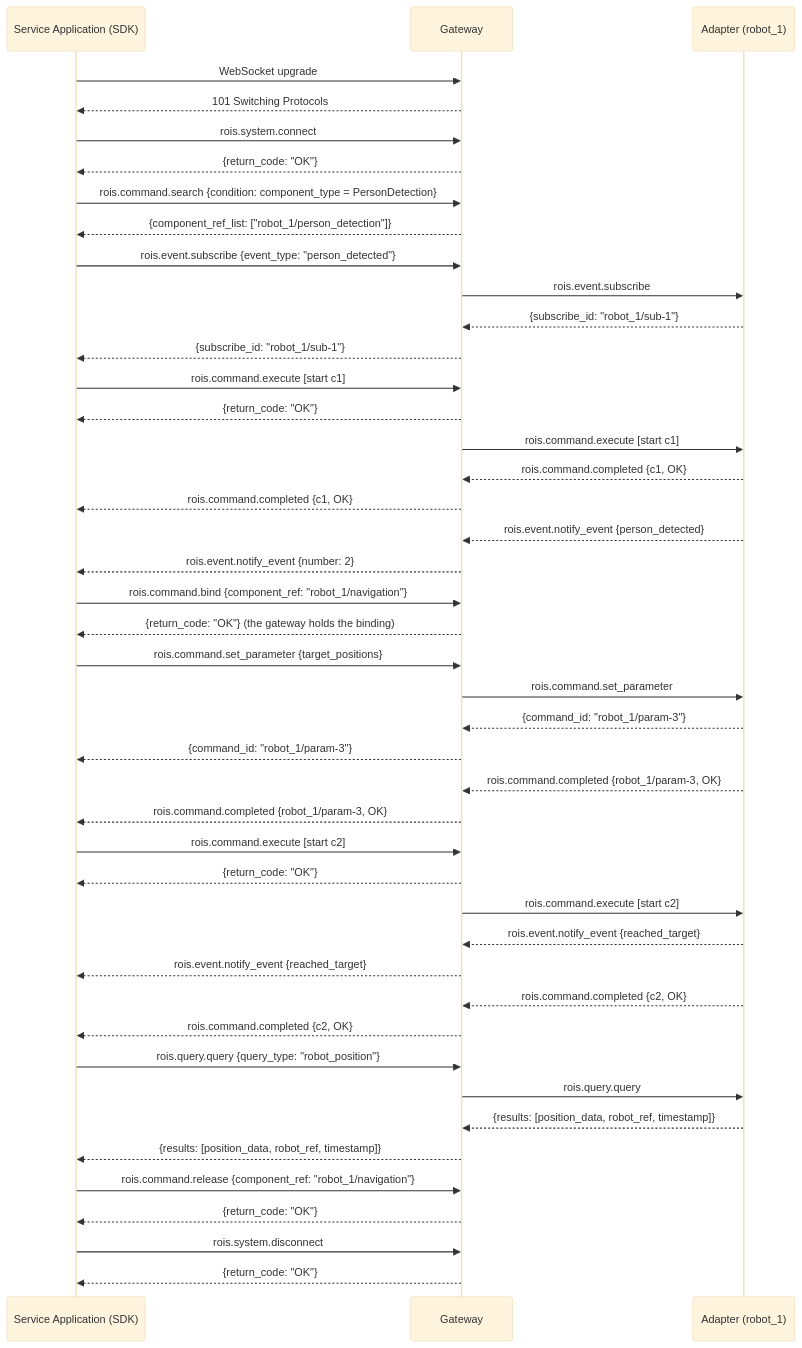
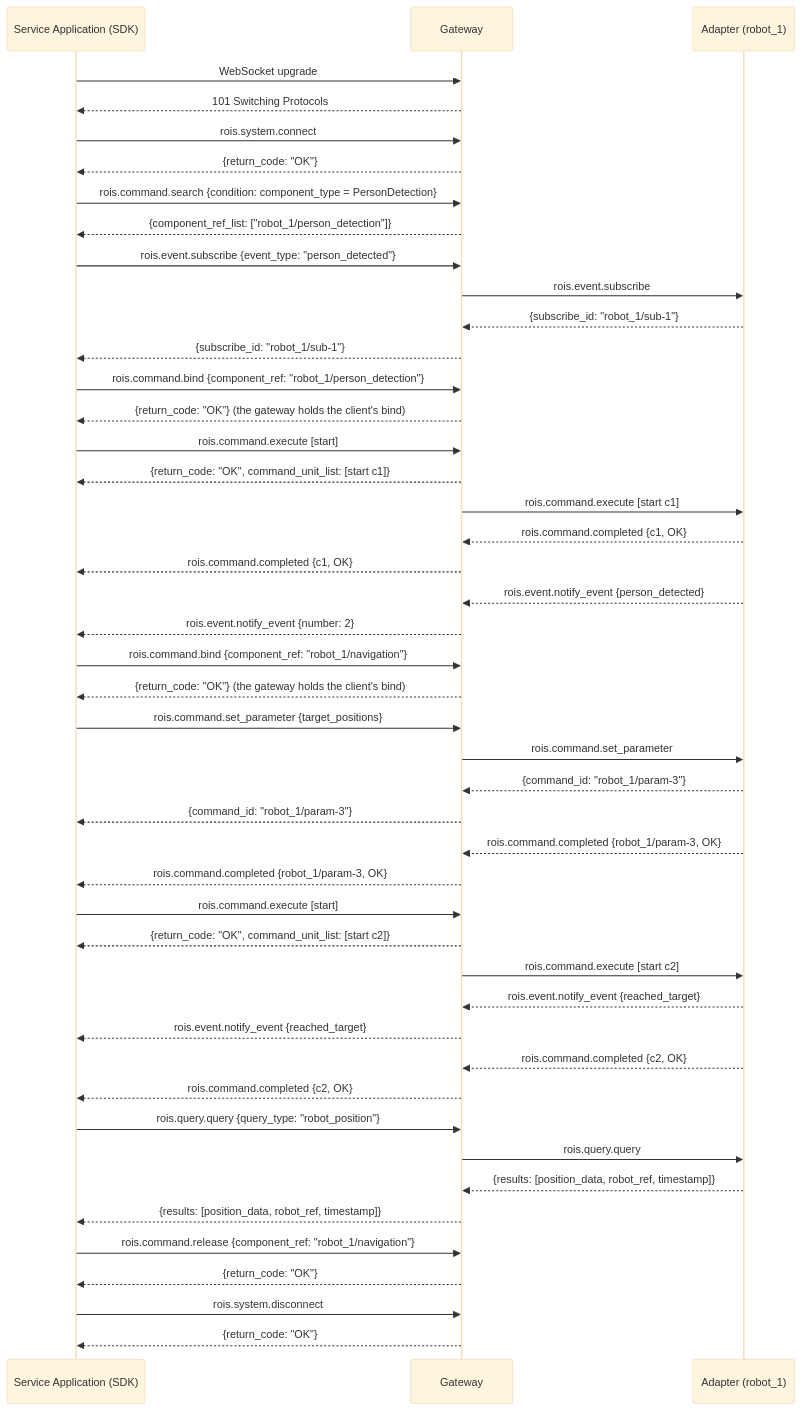
The ninth of 18 diagrams in docs/white-paper.md (openrois/openrois), drawn with Mermaid (base theme) before and after one commit. The commit also changed other lines of this file and 33 other files, not shown here.

````diff
--- a/docs/white-paper.md
+++ b/docs/white-paper.md
@@ -1305,58 +1391,61 @@
 ```mermaid
 sequenceDiagram
     participant Client as Service Application (SDK)
     participant GW as Gateway
     participant Robot as Adapter (robot_1)
 
     Client->>GW: WebSocket upgrade
     GW-->>Client: 101 Switching Protocols
 
     Client->>GW: rois.system.connect
     GW-->>Client: {return_code: "OK"}
 
     Client->>GW: rois.command.search {condition: component_type = PersonDetection}
     GW-->>Client: {component_ref_list: ["robot_1/person_detection"]}
 
     Client->>GW: rois.event.subscribe {event_type: "person_detected"}
     GW->>Robot: rois.event.subscribe
     Robot-->>GW: {subscribe_id: "robot_1/sub-1"}
     GW-->>Client: {subscribe_id: "robot_1/sub-1"}
 
-    Client->>GW: rois.command.execute [start c1]
-    GW-->>Client: {return_code: "OK"}
+    Client->>GW: rois.command.bind {component_ref: "robot_1/person_detection"}
+    GW-->>Client: {return_code: "OK"} (the gateway holds the client's bind)
+
+    Client->>GW: rois.command.execute [start]
+    GW-->>Client: {return_code: "OK", command_unit_list: [start c1]}
     GW->>Robot: rois.command.execute [start c1]
     Robot-->>GW: rois.command.completed {c1, OK}
     GW-->>Client: rois.command.completed {c1, OK}
 
     Robot-->>GW: rois.event.notify_event {person_detected}
     GW-->>Client: rois.event.notify_event {number: 2}
 
     Client->>GW: rois.command.bind {component_ref: "robot_1/navigation"}
-    GW-->>Client: {return_code: "OK"} (the gateway holds the binding)
+    GW-->>Client: {return_code: "OK"} (the gateway holds the client's bind)
 
     Client->>GW: rois.command.set_parameter {target_positions}
     GW->>Robot: rois.command.set_parameter
     Robot-->>GW: {command_id: "robot_1/param-3"}
     GW-->>Client: {command_id: "robot_1/param-3"}
     Robot-->>GW: rois.command.completed {robot_1/param-3, OK}
     GW-->>Client: rois.command.completed {robot_1/param-3, OK}
 
-    Client->>GW: rois.command.execute [start c2]
-    GW-->>Client: {return_code: "OK"}
+    Client->>GW: rois.command.execute [start]
+    GW-->>Client: {return_code: "OK", command_unit_list: [start c2]}
     GW->>Robot: rois.command.execute [start c2]
     Robot-->>GW: rois.event.notify_event {reached_target}
     GW-->>Client: rois.event.notify_event {reached_target}
     Robot-->>GW: rois.command.completed {c2, OK}
     GW-->>Client: rois.command.completed {c2, OK}
 
     Client->>GW: rois.query.query {query_type: "robot_position"}
     GW->>Robot: rois.query.query
     Robot-->>GW: {results: [position_data, robot_ref, timestamp]}
     GW-->>Client: {results: [position_data, robot_ref, timestamp]}
 
     Client->>GW: rois.command.release {component_ref: "robot_1/navigation"}
     GW-->>Client: {return_code: "OK"}
 
     Client->>GW: rois.system.disconnect
     GW-->>Client: {return_code: "OK"}
 ```
````
